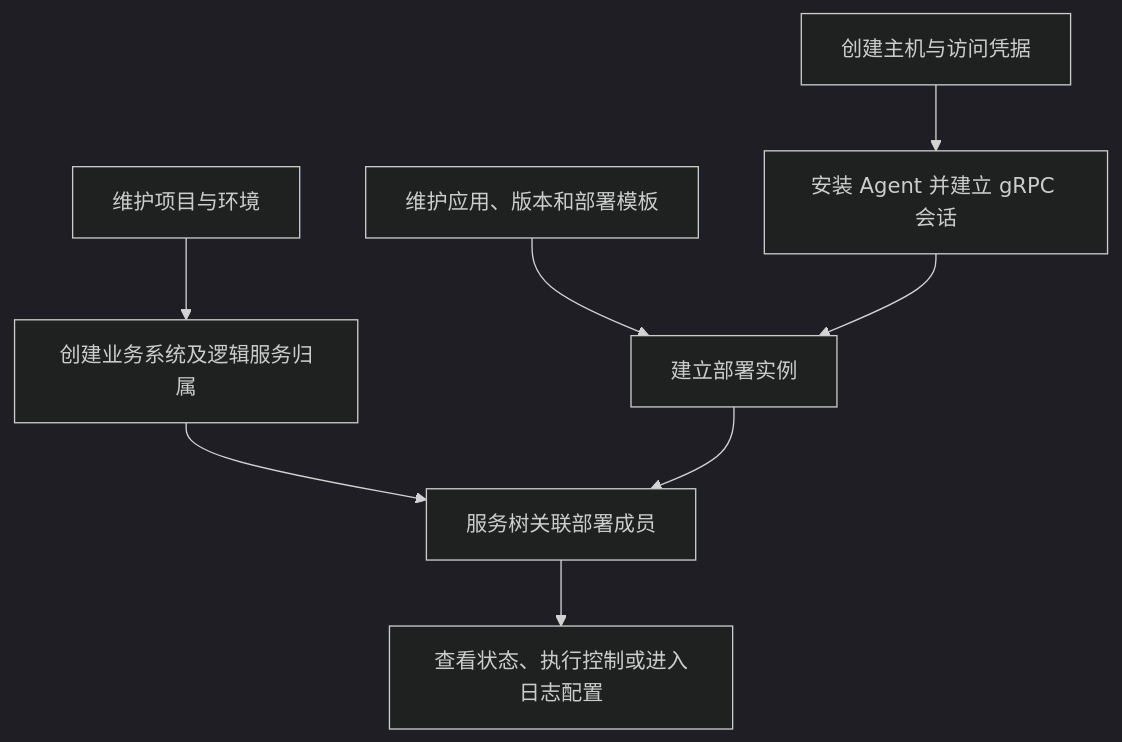
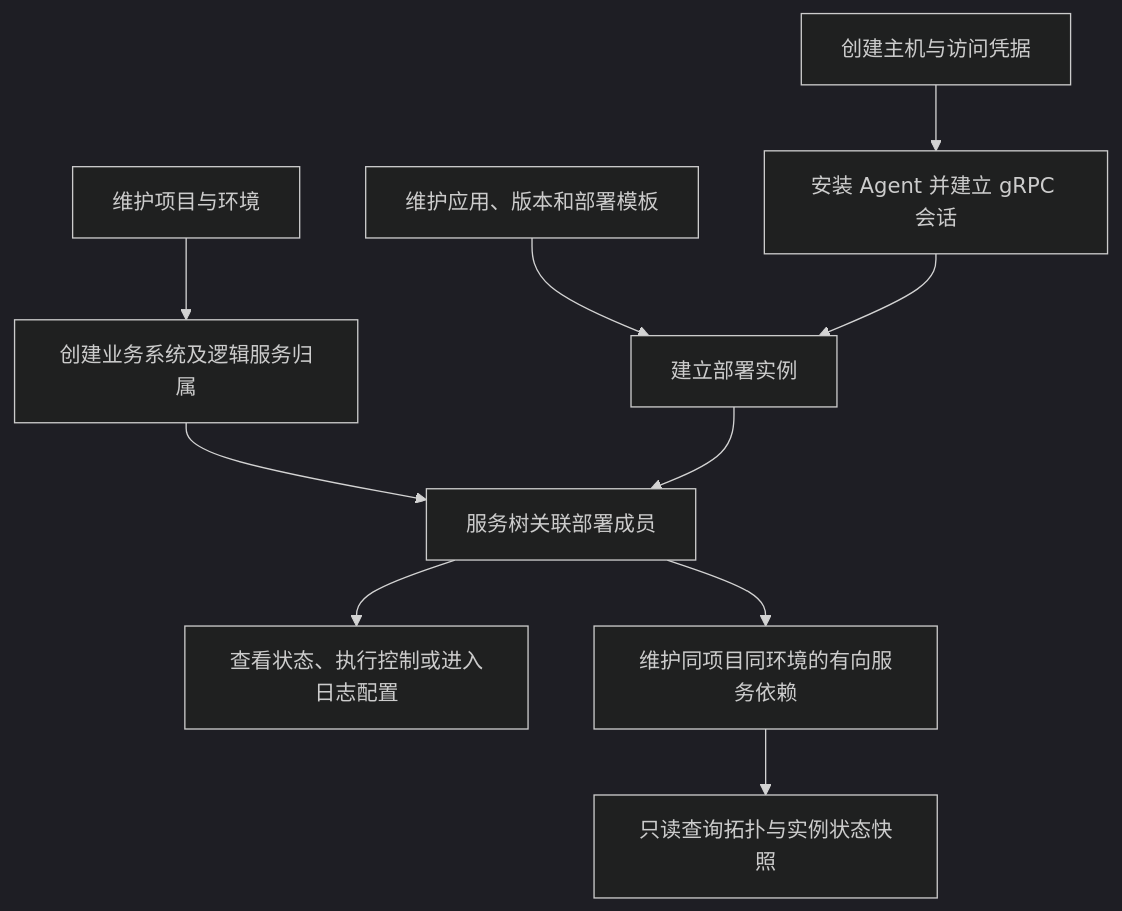
One commit to chlinwei/djadmin changed the first of 5 diagrams in docs/architecture/modules/ASSETS.md. Above: the diagram before and after it, drawn with Mermaid (dark theme). The commit also changed other lines of this file and 56 other files, not shown here.

````diff
--- a/docs/architecture/modules/ASSETS.md
+++ b/docs/architecture/modules/ASSETS.md
@@ -7,10 +7,12 @@
 ```mermaid
 flowchart TD
     A["维护项目与环境"] --> B["创建业务系统及逻辑服务归属"]
     C["创建主机与访问凭据"] --> D["安装 Agent 并建立 gRPC 会话"]
     E["维护应用、版本和部署模板"] --> F["建立部署实例"]
     D --> F
     B --> G["服务树关联部署成员"]
     F --> G
     G --> H["查看状态、执行控制或进入日志配置"]
+    G --> I["维护同项目同环境的有向服务依赖"]
+    I --> J["只读查询拓扑与实例状态快照"]
 ```
````
